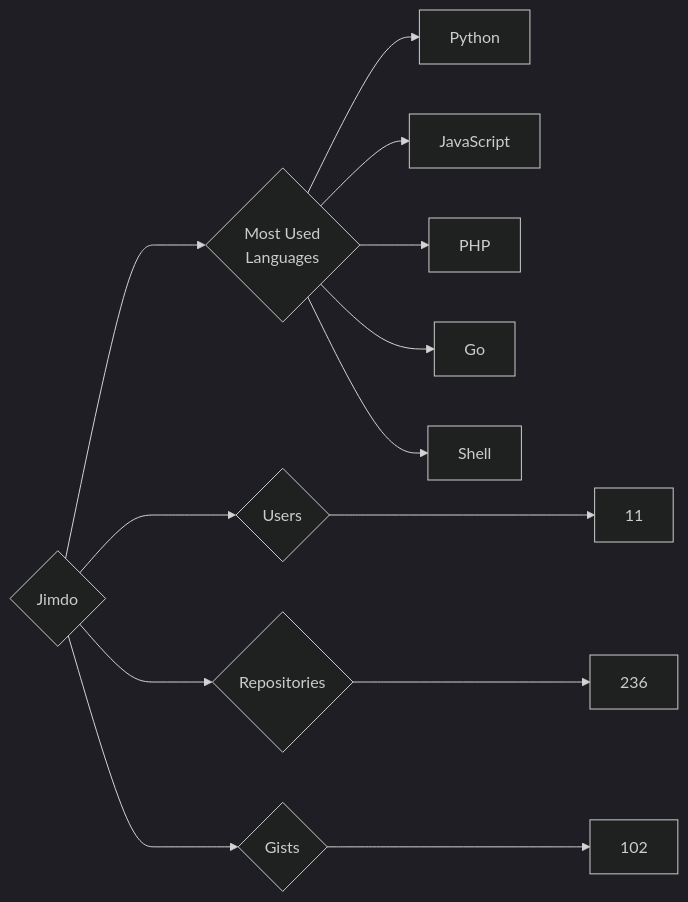
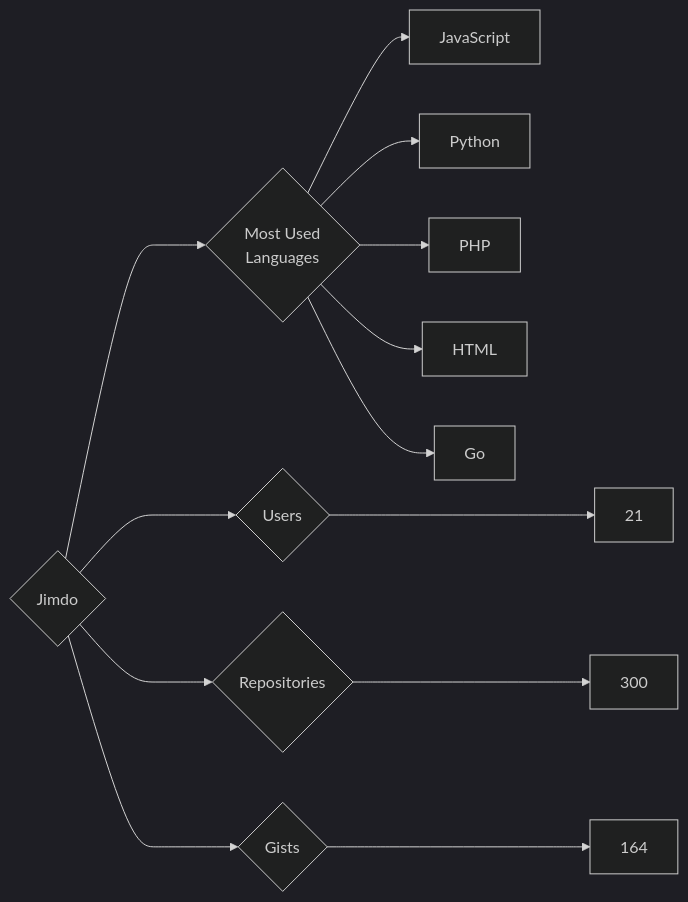
Before and after one commit to trickest/insiders: the diagram in targets/Jimdo/README.md, drawn with Mermaid (dark theme). The commit also changed 916 other files, not shown here.

````diff
--- a/targets/Jimdo/README.md
+++ b/targets/Jimdo/README.md
@@ -3,13 +3,13 @@
 ```mermaid
 graph LR
 COMPANY_NAME{Jimdo}
-COMPANY_NAME ---> U{Users} ---> UN[11]
-COMPANY_NAME ---> R{Repositories} ---> RN[236]
-COMPANY_NAME ---> G{Gists} ---> GN[102]
+COMPANY_NAME ---> U{Users} ---> UN[21]
+COMPANY_NAME ---> R{Repositories} ---> RN[300]
+COMPANY_NAME ---> G{Gists} ---> GN[164]
 COMPANY_NAME ---> ML{Most Used<br>Languages}
+ML --> JavaScript[JavaScript]
 ML --> Python[Python]
-ML --> JavaScript[JavaScript]
 ML --> PHP[PHP]
+ML --> HTML[HTML]
 ML --> Go[Go]
-ML --> Shell[Shell]
 ```
````
